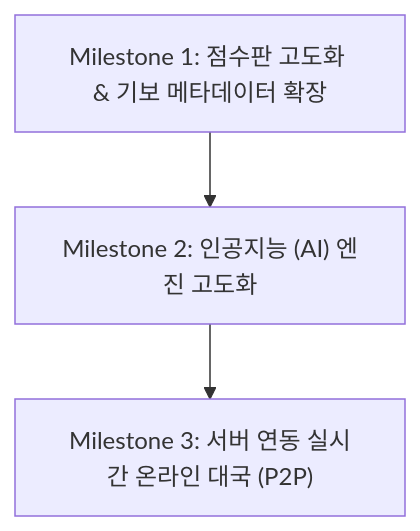
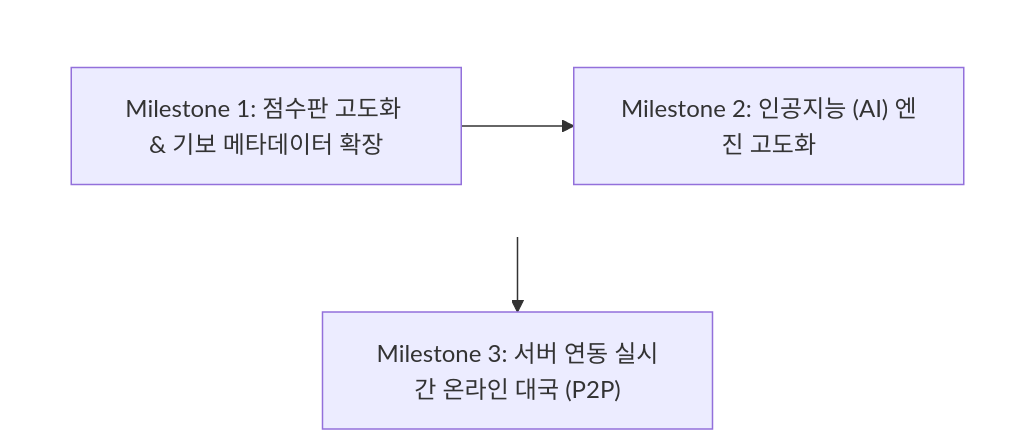
The diagram in small-project/janggi/roadmap.md (iseohyun/html), drawn with Mermaid before and after one commit.

Commit message:
docs: update roadmap mermaid diagram layout direction

````diff
--- a/small-project/janggi/roadmap.md
+++ b/small-project/janggi/roadmap.md
@@ -9,5 +9,9 @@
 ```mermaid
-graph TD
-    M1["Milestone 1: 점수판 고도화 & 기보 메타데이터 확장"] --> M2["Milestone 2: 인공지능 (AI) 엔진 고도화"]
+flowchart TB
+    subgraph SG1 [" "]
+        direction LR
+        M1["Milestone 1: 점수판 고도화 & 기보 메타데이터 확장"] --> M2["Milestone 2: 인공지능 (AI) 엔진 고도화"]
+    end
+    style SG1 fill:none,stroke:none
     M2 --> M3["Milestone 3: 서버 연동 실시간 온라인 대국 (P2P)"]
 ```
````
